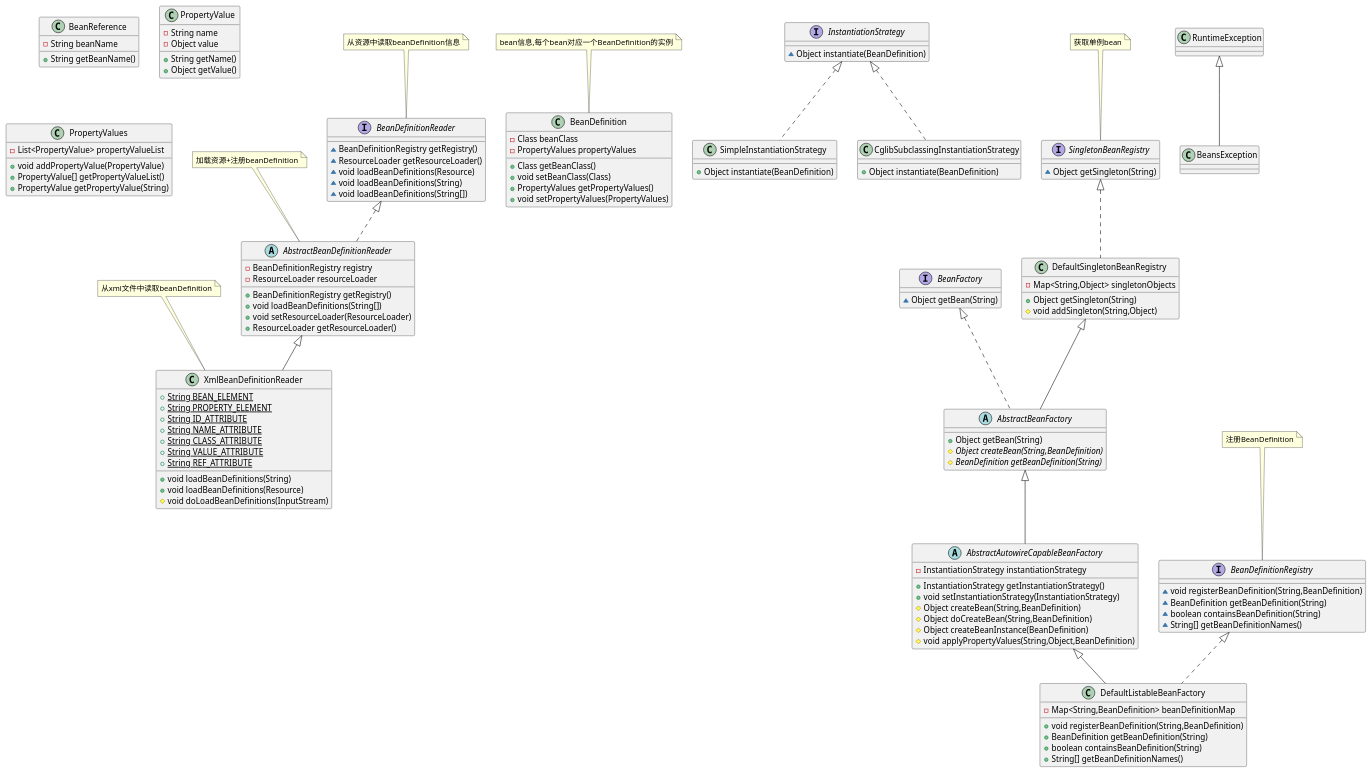
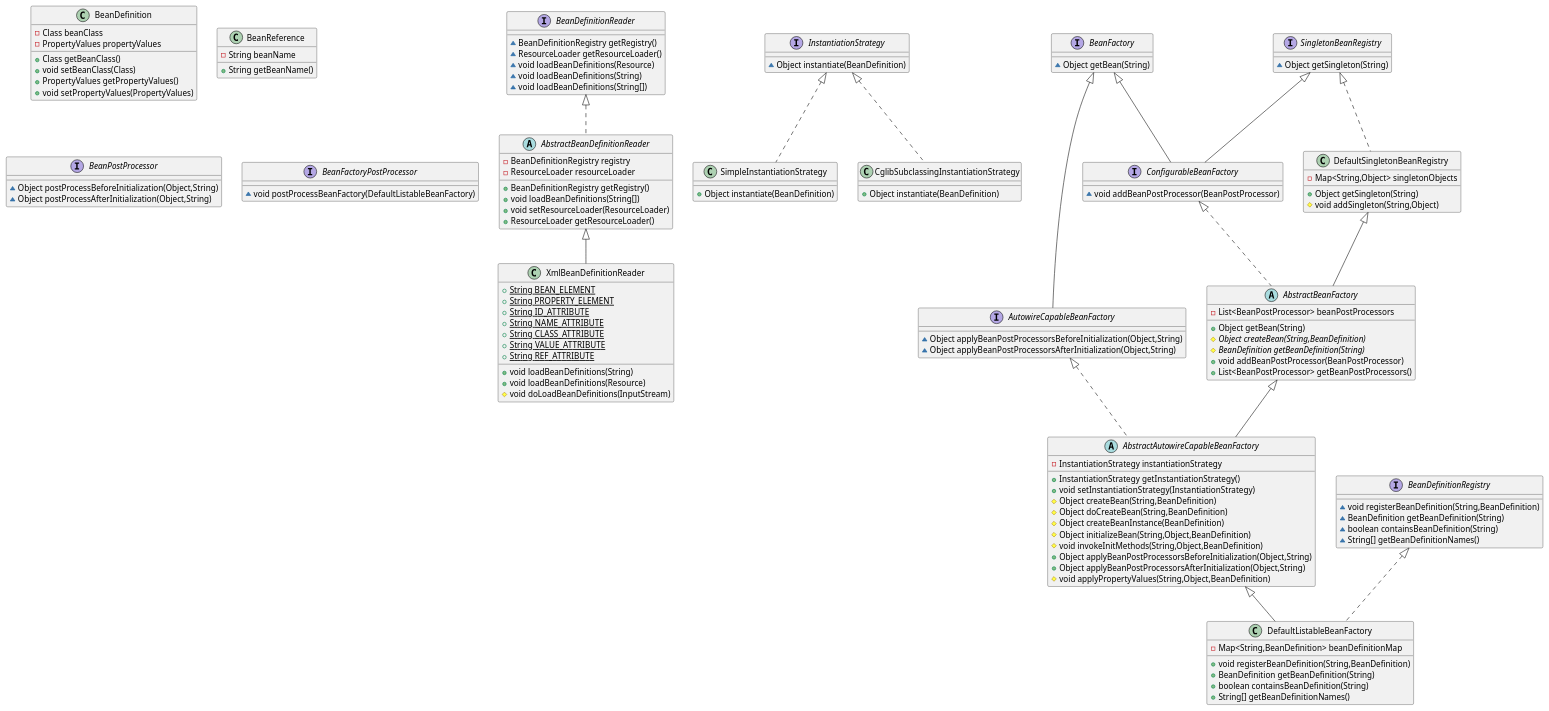
The diagram in src/main/resources/beanFactory.puml (Zhou-Ru-Xuan/minispring), drawn with PlantUML before and after one commit. The commit also changed 9 other files, not shown here.

Commit message:
beanFactory processor and bean processor

```diff
--- a/src/main/resources/beanFactory.puml
+++ b/src/main/resources/beanFactory.puml
@@ -1,147 +1,152 @@
 @startuml
 interface BeanDefinitionReader {
 ~ BeanDefinitionRegistry getRegistry()
 ~ ResourceLoader getResourceLoader()
 ~ void loadBeanDefinitions(Resource)
 ~ void loadBeanDefinitions(String)
 ~ void loadBeanDefinitions(String[])
 }
-note top:从资源中读取beanDefinition信息
 
 abstract class AbstractBeanDefinitionReader {
 - BeanDefinitionRegistry registry
 - ResourceLoader resourceLoader
 + BeanDefinitionRegistry getRegistry()
 + void loadBeanDefinitions(String[])
 + void setResourceLoader(ResourceLoader)
 + ResourceLoader getResourceLoader()
 }
-note top: 加载资源+注册beanDefinition
 
 
 class BeanDefinition {
 - Class beanClass
 - PropertyValues propertyValues
 + Class getBeanClass()
 + void setBeanClass(Class)
 + PropertyValues getPropertyValues()
 + void setPropertyValues(PropertyValues)
 }
-note top:bean信息,每个bean对应一个BeanDefinition的实例
 
 
 class SimpleInstantiationStrategy {
 + Object instantiate(BeanDefinition)
 }
 
 interface InstantiationStrategy {
 ~ Object instantiate(BeanDefinition)
 }
 
 interface BeanFactory {
 ~ Object getBean(String)
 }
 
 class BeanReference {
 - String beanName
 + String getBeanName()
 }
 
 
+interface BeanPostProcessor {
+~ Object postProcessBeforeInitialization(Object,String)
+~ Object postProcessAfterInitialization(Object,String)
+}
+
 class CglibSubclassingInstantiationStrategy {
 + Object instantiate(BeanDefinition)
 }
 
 class DefaultListableBeanFactory {
 - Map<String,BeanDefinition> beanDefinitionMap
 + void registerBeanDefinition(String,BeanDefinition)
 + BeanDefinition getBeanDefinition(String)
 + boolean containsBeanDefinition(String)
 + String[] getBeanDefinitionNames()
 }
 
 
+interface AutowireCapableBeanFactory {
+~ Object applyBeanPostProcessorsBeforeInitialization(Object,String)
+~ Object applyBeanPostProcessorsAfterInitialization(Object,String)
+}
+
+interface ConfigurableBeanFactory {
+~ void addBeanPostProcessor(BeanPostProcessor)
+}
+
+interface BeanFactoryPostProcessor {
+~ void postProcessBeanFactory(DefaultListableBeanFactory)
+}
+
 interface SingletonBeanRegistry {
 ~ Object getSingleton(String)
 }
-note top:获取单例bean
 
 interface BeanDefinitionRegistry {
 ~ void registerBeanDefinition(String,BeanDefinition)
 ~ BeanDefinition getBeanDefinition(String)
 ~ boolean containsBeanDefinition(String)
 ~ String[] getBeanDefinitionNames()
 }
-note top:注册BeanDefinition
 
-class BeansException {
-}
 abstract class AbstractBeanFactory {
+- List<BeanPostProcessor> beanPostProcessors
 + Object getBean(String)
 # {abstract}Object createBean(String,BeanDefinition)
 # {abstract}BeanDefinition getBeanDefinition(String)
-}
-
-class PropertyValue {
-- String name
-- Object value
-+ String getName()
-+ Object getValue()
++ void addBeanPostProcessor(BeanPostProcessor)
++ List<BeanPostProcessor> getBeanPostProcessors()
 }
 
 
 class DefaultSingletonBeanRegistry {
 - Map<String,Object> singletonObjects
 + Object getSingleton(String)
 # void addSingleton(String,Object)
 }
 
 
-class PropertyValues {
-- List<PropertyValue> propertyValueList
-+ void addPropertyValue(PropertyValue)
-+ PropertyValue[] getPropertyValueList()
-+ PropertyValue getPropertyValue(String)
-}
-
-
 abstract class AbstractAutowireCapableBeanFactory {
 - InstantiationStrategy instantiationStrategy
 + InstantiationStrategy getInstantiationStrategy()
 + void setInstantiationStrategy(InstantiationStrategy)
 # Object createBean(String,BeanDefinition)
 # Object doCreateBean(String,BeanDefinition)
 # Object createBeanInstance(BeanDefinition)
+# Object initializeBean(String,Object,BeanDefinition)
+# void invokeInitMethods(String,Object,BeanDefinition)
++ Object applyBeanPostProcessorsBeforeInitialization(Object,String)
++ Object applyBeanPostProcessorsAfterInitialization(Object,String)
 # void applyPropertyValues(String,Object,BeanDefinition)
 }
 
 
 class XmlBeanDefinitionReader {
 + {static} String BEAN_ELEMENT
 + {static} String PROPERTY_ELEMENT
 + {static} String ID_ATTRIBUTE
 + {static} String NAME_ATTRIBUTE
 + {static} String CLASS_ATTRIBUTE
 + {static} String VALUE_ATTRIBUTE
 + {static} String REF_ATTRIBUTE
 + void loadBeanDefinitions(String)
 + void loadBeanDefinitions(Resource)
 # void doLoadBeanDefinitions(InputStream)
 }
-note top:从xml文件中读取beanDefinition
 
 
 
 
 BeanDefinitionReader <|.. AbstractBeanDefinitionReader
 InstantiationStrategy <|.. SimpleInstantiationStrategy
 InstantiationStrategy <|.. CglibSubclassingInstantiationStrategy
 BeanDefinitionRegistry <|.. DefaultListableBeanFactory
 AbstractAutowireCapableBeanFactory <|-- DefaultListableBeanFactory
-RuntimeException <|-- BeansException
-BeanFactory <|.. AbstractBeanFactory
+BeanFactory <|-- AutowireCapableBeanFactory
+BeanFactory <|-- ConfigurableBeanFactory
+SingletonBeanRegistry <|-- ConfigurableBeanFactory
+ConfigurableBeanFactory <|.. AbstractBeanFactory
 DefaultSingletonBeanRegistry <|-- AbstractBeanFactory
 SingletonBeanRegistry <|.. DefaultSingletonBeanRegistry
+AutowireCapableBeanFactory <|.. AbstractAutowireCapableBeanFactory
 AbstractBeanFactory <|-- AbstractAutowireCapableBeanFactory
 AbstractBeanDefinitionReader <|-- XmlBeanDefinitionReader
 @enduml
```
